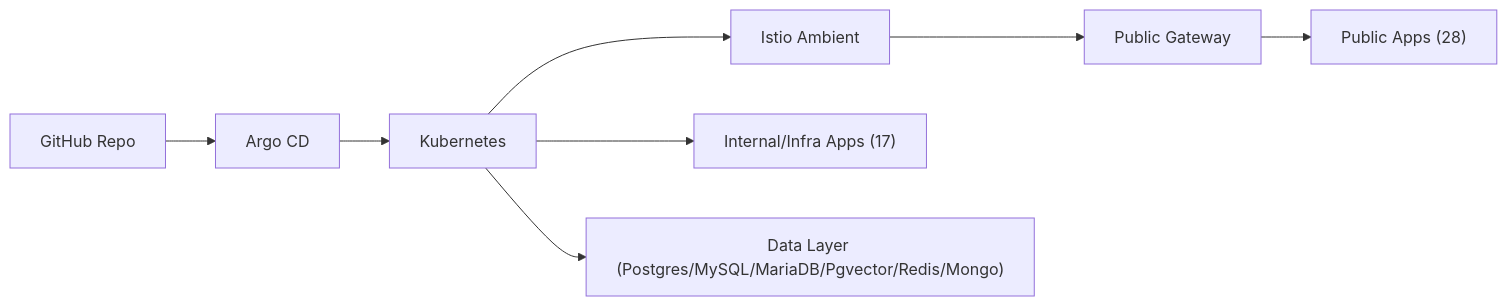
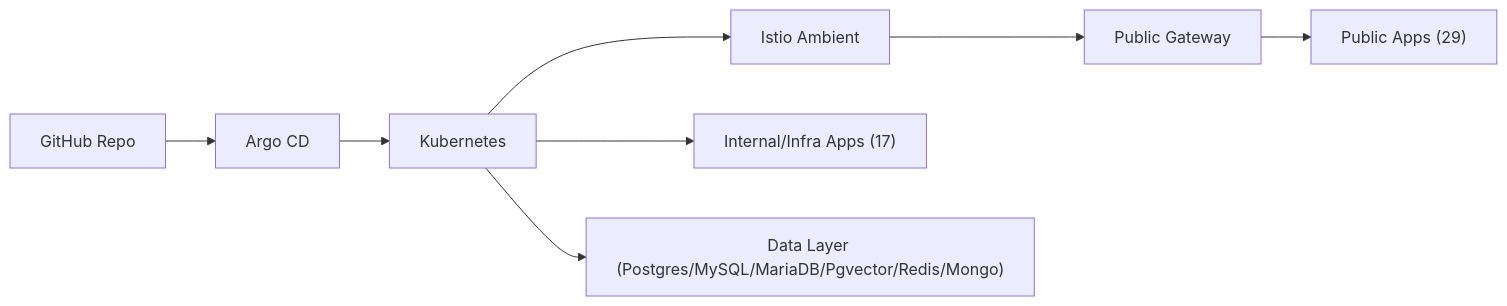
The diagram in README.md (noeulnight/homelab), drawn with Mermaid before and after one commit. The commit also changed other lines of this file and 8 other files, not shown here.

````diff
--- a/README.md
+++ b/README.md
@@ -13,10 +13,10 @@
 ```mermaid
 flowchart LR
   GitHub["GitHub Repo"] --> Argo["Argo CD"]
   Argo --> K8s["Kubernetes"]
   K8s --> Istio["Istio Ambient"]
   Istio --> Gateway["Public Gateway"]
-  Gateway --> PublicApps["Public Apps (28)"]
+  Gateway --> PublicApps["Public Apps (29)"]
   K8s --> InternalApps["Internal/Infra Apps (17)"]
   K8s --> Data["Data Layer (Postgres/MySQL/MariaDB/Pgvector/Redis/Mongo)"]
 ```
````
